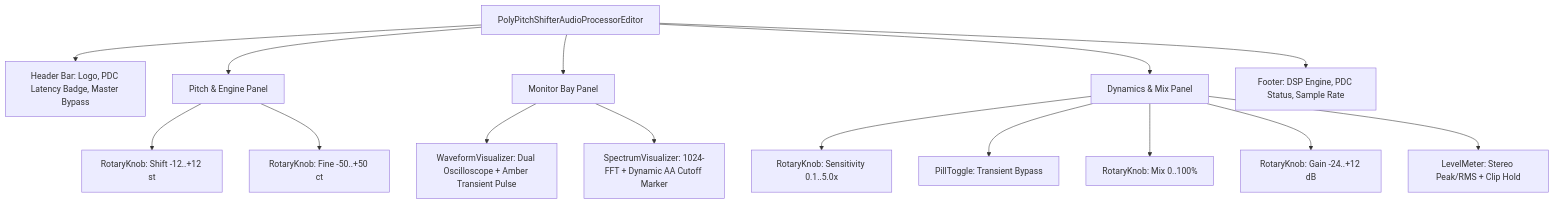
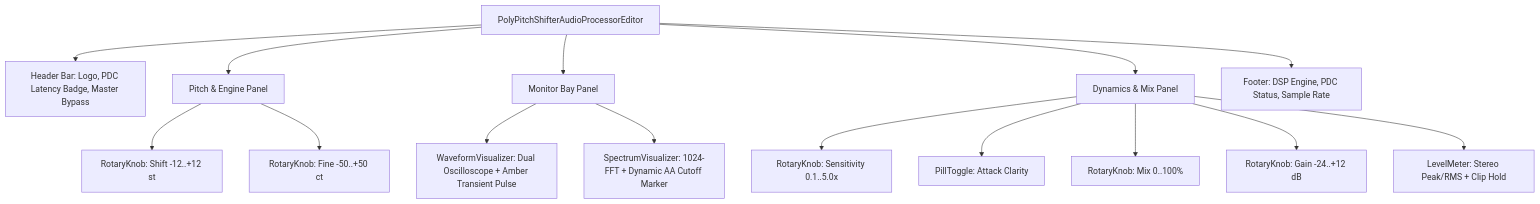
Before and after one commit to iPlaySkill/poly-pitch-shifter: the first of 2 diagrams in docs/GUI_DESIGN.md, drawn with Mermaid. The commit also changed other lines of this file and 1 other file, not shown here.

Commit message:
fix(gui): clean up typography, remove Unicode mojibake, and enhance subtitle readability

````diff
--- a/docs/GUI_DESIGN.md
+++ b/docs/GUI_DESIGN.md
@@ -44,20 +44,20 @@
 ```mermaid
 graph TD
     Editor[PolyPitchShifterAudioProcessorEditor] --> Header[Header Bar: Logo, PDC Latency Badge, Master Bypass]
     Editor --> PitchCol[Pitch & Engine Panel]
     Editor --> MonitorCol[Monitor Bay Panel]
     Editor --> DynCol[Dynamics & Mix Panel]
     Editor --> Footer[Footer: DSP Engine, PDC Status, Sample Rate]
 
     PitchCol --> ShiftKnob[RotaryKnob: Shift -12..+12 st]
     PitchCol --> FineKnob[RotaryKnob: Fine -50..+50 ct]
 
     MonitorCol --> WaveVis[WaveformVisualizer: Dual Oscilloscope + Amber Transient Pulse]
     MonitorCol --> SpecVis[SpectrumVisualizer: 1024-FFT + Dynamic AA Cutoff Marker]
 
     DynCol --> SensKnob[RotaryKnob: Sensitivity 0.1..5.0x]
-    DynCol --> TransToggle[PillToggle: Transient Bypass]
+    DynCol --> TransToggle[PillToggle: Attack Clarity]
     DynCol --> MixKnob[RotaryKnob: Mix 0..100%]
     DynCol --> GainKnob[RotaryKnob: Gain -24..+12 dB]
     DynCol --> Meter[LevelMeter: Stereo Peak/RMS + Clip Hold]
 ```
````
